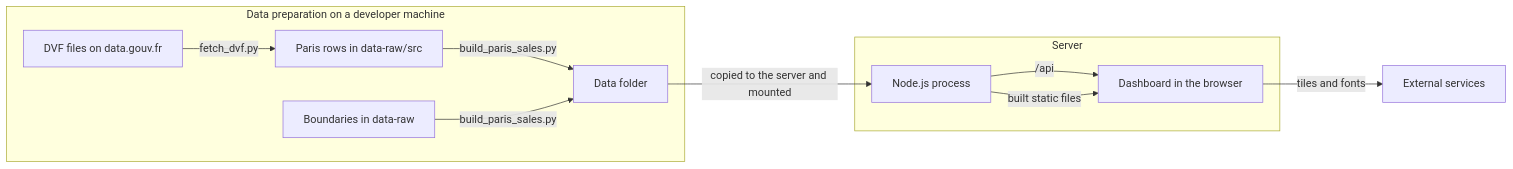
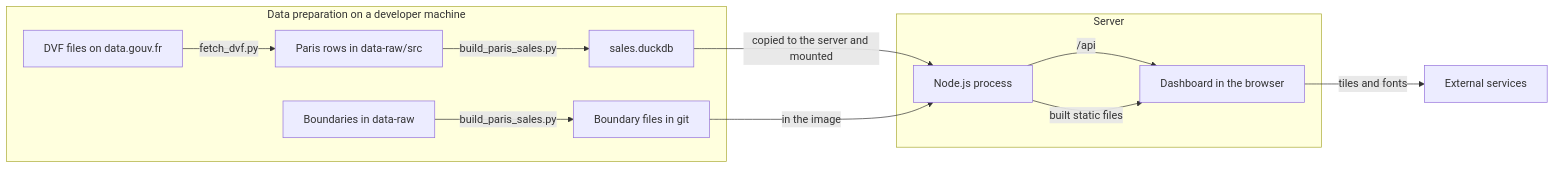
Before and after one commit to palsagar/paris-property-sales: the first of 2 diagrams in docs/architecture.md, drawn with Mermaid. The commit also changed other lines of this file and 29 other files, not shown here.

First line of the commit message:
Move the Sales data to DuckDB, with the same figures for Paris (#6)

````diff
--- a/docs/architecture.md
+++ b/docs/architecture.md
@@ -9,14 +9,15 @@
 ```mermaid
 flowchart LR
   subgraph prep["Data preparation on a developer machine"]
     A["DVF files on data.gouv.fr"] -->|"fetch_dvf.py"| B["Paris rows in data-raw/src"]
-    B -->|"build_paris_sales.py"| C["Data folder"]
-    G["Boundaries in data-raw"] -->|"build_paris_sales.py"| C
+    B -->|"build_paris_sales.py"| C["sales.duckdb"]
+    G["Boundaries in data-raw"] -->|"build_paris_sales.py"| H["Boundary files in git"]
   end
   subgraph server["Server"]
     C -->|"copied to the server and mounted"| D["Node.js process"]
+    H -->|"in the image"| D
     D -->|"/api"| E["Dashboard in the browser"]
     D -->|"built static files"| E
   end
   E -->|"tiles and fonts"| F["External services"]
 ```
````
